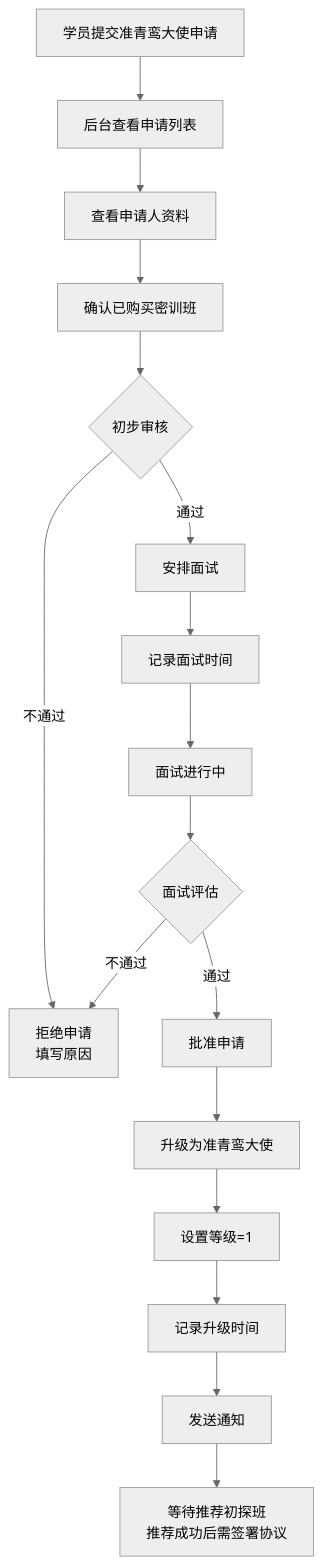
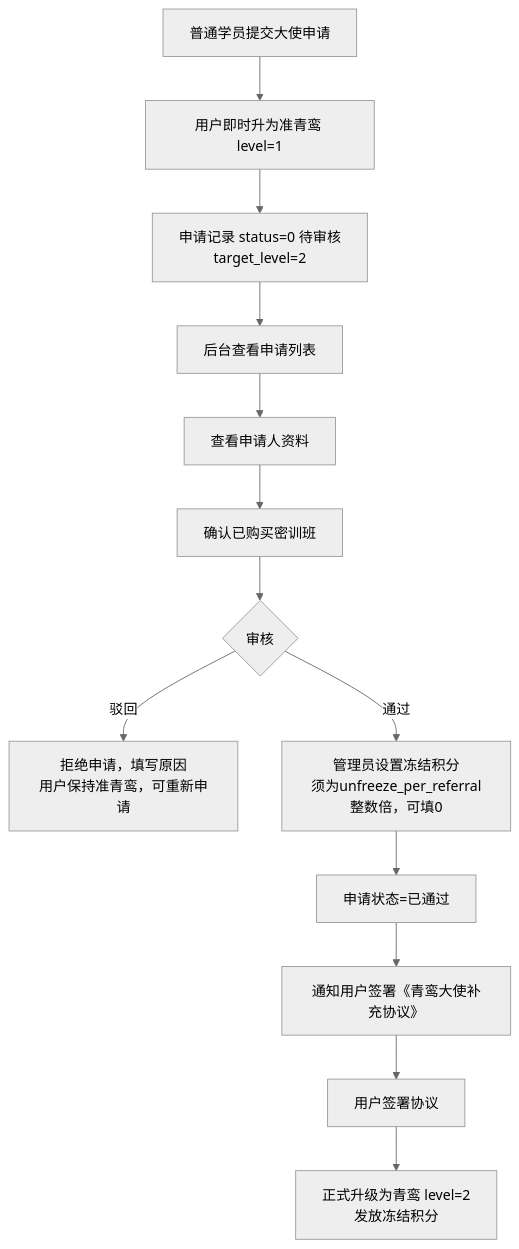
Before and after one commit to richenHe/tiandaowenhua_xcx: diagram 18 of 21 in 需求文档-V2.md, drawn with Mermaid (neutral theme). The commit also changed other lines of this file and 5686 other files, not shown here.

````diff
--- a/需求文档-V2.md
+++ b/需求文档-V2.md
@@ -2547,19 +2659,15 @@
 ```mermaid
 flowchart TD
-    A[学员提交准青鸾大使申请] --> B[后台查看申请列表]
-    B --> C[查看申请人资料]
-    C --> D[确认已购买密训班]
-    D --> E{初步审核}
-    E -->|不通过| F[拒绝申请<br/>填写原因]
-    E -->|通过| G[安排面试]
-    G --> H[记录面试时间]
-    H --> I[面试进行中]
-    I --> J{面试评估}
-    J -->|不通过| F
-    J -->|通过| K[批准申请]
-    K --> L[升级为准青鸾大使]
-    L --> M[设置等级=1]
-    M --> N[记录升级时间]
-    N --> O[发送通知]
-    O --> P[等待推荐初探班<br/>推荐成功后需签署协议]
+    A[普通学员提交大使申请] --> B[用户即时升为准青鸾 level=1]
+    B --> C[申请记录 status=0 待审核<br/>target_level=2]
+    C --> D[后台查看申请列表]
+    D --> E[查看申请人资料]
+    E --> F[确认已购买密训班]
+    F --> G{审核}
+    G -->|驳回| H[拒绝申请，填写原因<br/>用户保持准青鸾，可重新申请]
+    G -->|通过| I[管理员设置冻结积分<br/>须为unfreeze_per_referral整数倍，可填0]
+    I --> J[申请状态=已通过]
+    J --> K[通知用户签署《青鸾大使补充协议》]
+    K --> L[用户签署协议]
+    L --> M[正式升级为青鸾 level=2<br/>发放冻结积分]
 ```
````
